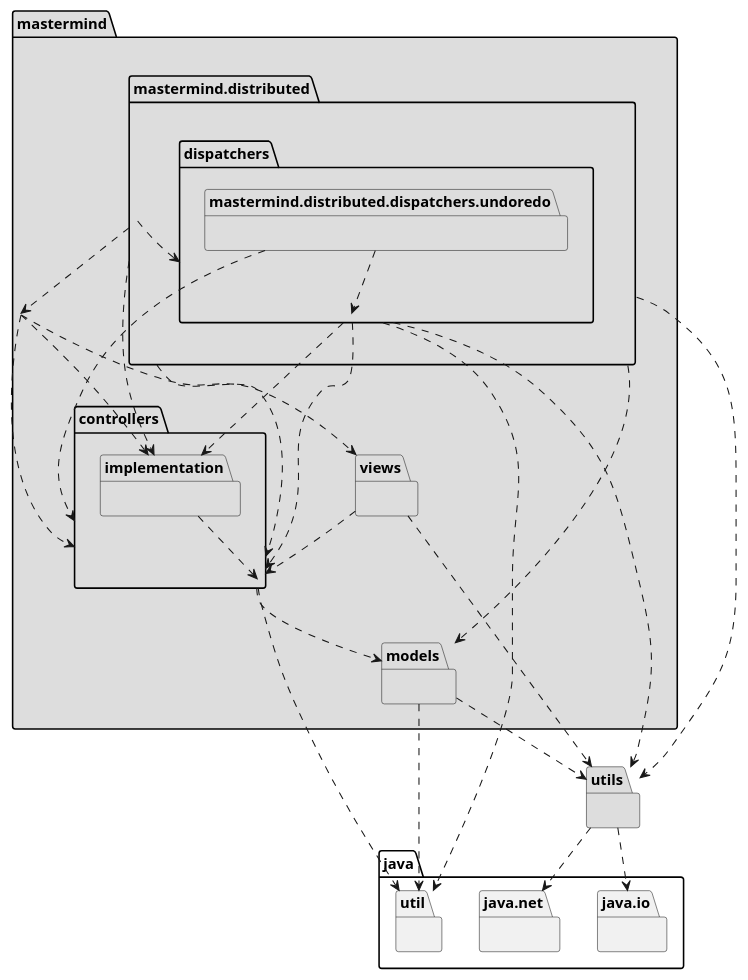
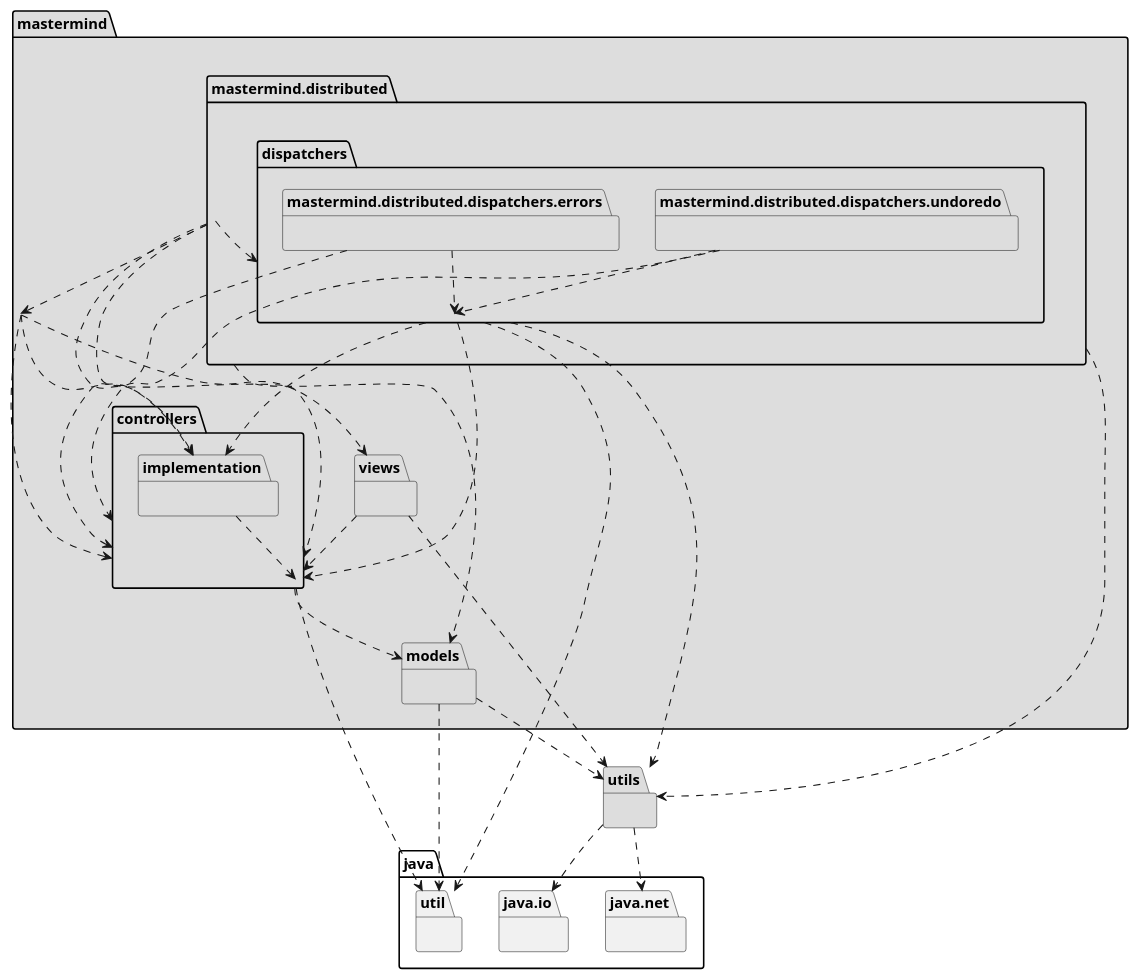
One commit to jprieto92/mastermindClientServer changed the diagram in docs/sources/arquitectura.iuml. Above: the diagram before and after it, drawn with PlantUML. The commit also changed 18 other files, not shown here.

Commit message:
Update UML diagrams without use relationships

```diff
--- a/docs/sources/arquitectura.iuml
+++ b/docs/sources/arquitectura.iuml
@@ -1,46 +1,50 @@
 @startuml
     package mastermind #DDDDDD { } 
 mastermind .down.> mastermind.views
 mastermind .down.> mastermind.controllers
 mastermind .down.> mastermind.controllers.implementation
 
 package mastermind.controllers #DDDDDD { } 
 mastermind.controllers .down.> mastermind.models
 mastermind.controllers .down.> java.util
 
 package mastermind.controllers.implementation #DDDDDD { } 
 mastermind.controllers.implementation .down.> mastermind.controllers
 
 package mastermind.distributed #DDDDDD { } 
 mastermind.distributed .down.> mastermind.distributed.dispatchers
 mastermind.distributed .down.> mastermind.controllers.implementation
 mastermind.distributed .down.> mastermind
 mastermind.distributed .down.> mastermind.models
 mastermind.distributed .down.> mastermind.controllers
 mastermind.distributed .down.> utils
 
 package mastermind.distributed.dispatchers #DDDDDD { } 
 mastermind.distributed.dispatchers .down.> mastermind.controllers
 mastermind.distributed.dispatchers .down.> mastermind.controllers.implementation
 mastermind.distributed.dispatchers .down.> utils
 mastermind.distributed.dispatchers .down.> java.util
 
+package mastermind.distributed.dispatchers.errors #DDDDDD { } 
+mastermind.distributed.dispatchers.errors .down.> mastermind.distributed.dispatchers
+mastermind.distributed.dispatchers.errors .down.> mastermind.controllers
+
 package mastermind.distributed.dispatchers.undoredo #DDDDDD { } 
 mastermind.distributed.dispatchers.undoredo .down.> mastermind.distributed.dispatchers
 mastermind.distributed.dispatchers.undoredo .down.> mastermind.controllers
 
 package mastermind.models #DDDDDD { }
 package java.util{ }
 mastermind.models .down.> java.util
 mastermind.models .down.> utils
 
 package utils #DDDDDD { } 
 package java.io{ }
 utils .down.> java.io
 package java.net{ }
 utils .down.> java.net
 
 package mastermind.views #DDDDDD { } 
 mastermind.views .down.> mastermind.controllers
 mastermind.views .down.> utils
 @enduml
```
